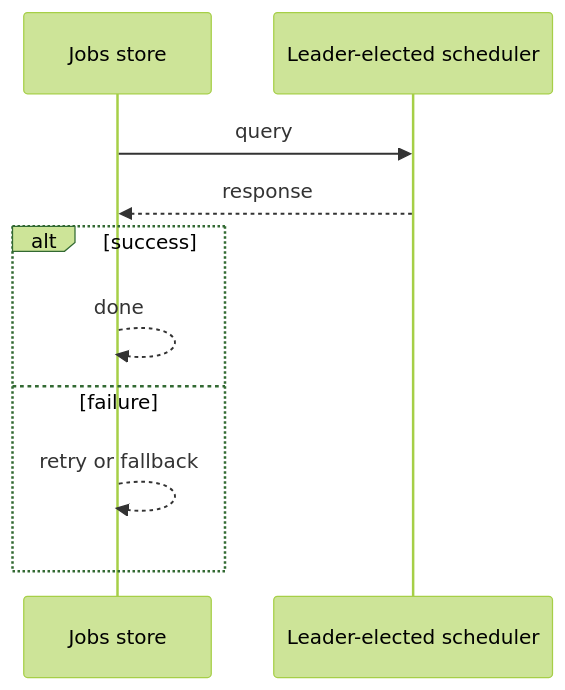
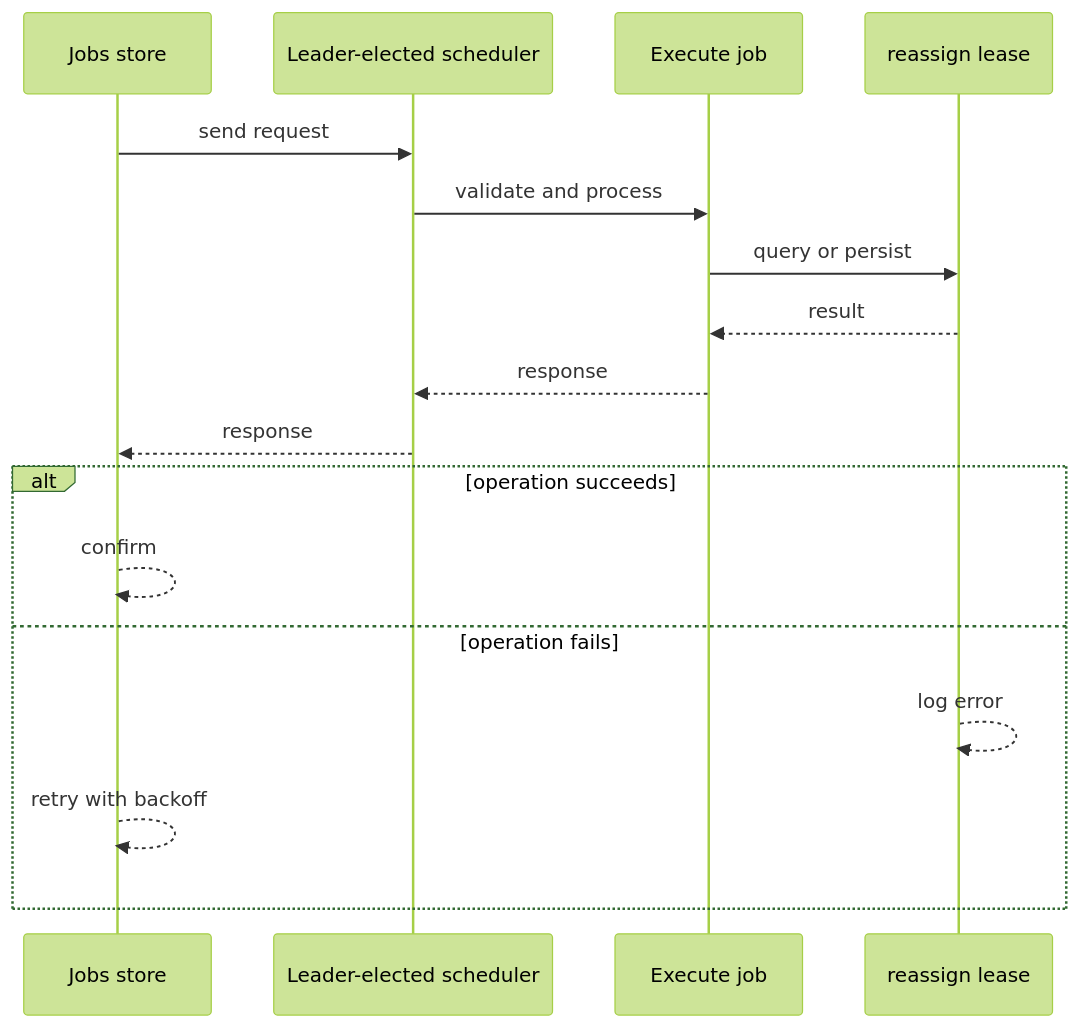
The second of 4 diagrams in case-studies/advanced/distributed-scheduler.md (RIT-MESH/system-design-mastery), drawn with Mermaid (forest theme) before and after one commit. The commit also changed other lines of this file and 64 other files, not shown here.

````diff
--- a/case-studies/advanced/distributed-scheduler.md
+++ b/case-studies/advanced/distributed-scheduler.md
@@ -77,13 +66,20 @@
 ```mermaid
 %% created-for: system-design-mastery
 sequenceDiagram
-  participant P0 as Jobs store
-  participant P1 as Leader-elected scheduler
-  P0 ->> P1: query
-  P1 -->> P0: response
-  alt success
-    P0 -->> P0: done
-  else failure
-    P0 -->> P0: retry or fallback
+  participant C0 as Jobs store
+  participant C1 as Leader-elected scheduler
+  participant C2 as Execute job
+  participant C3 as reassign lease
+  C0 ->> C1: send request
+  C1 ->> C2: validate and process
+  C2 ->> C3: query or persist
+  C3 -->> C2: result
+  C2 -->> C1: response
+  C1 -->> C0: response
+  alt operation succeeds
+    C0 -->> C0: confirm
+  else operation fails
+    C3 -->> C3: log error
+    C0 -->> C0: retry with backoff
   end
 ```
````
